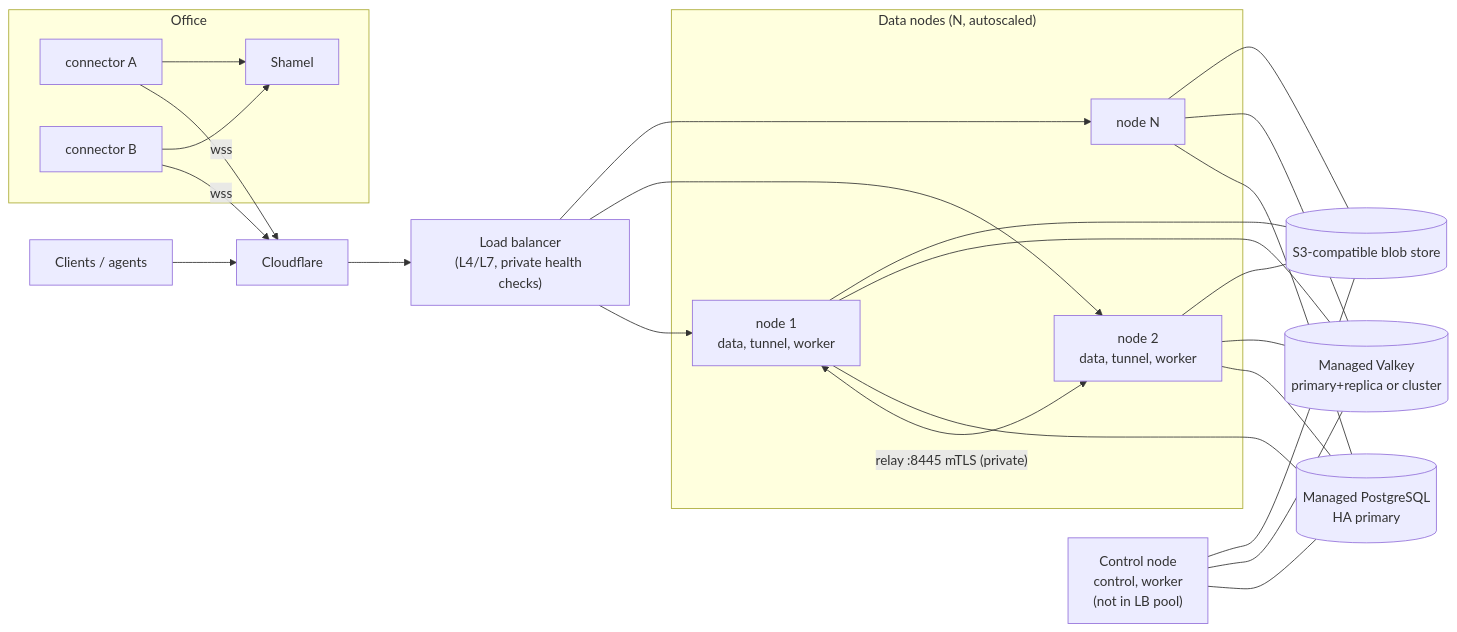
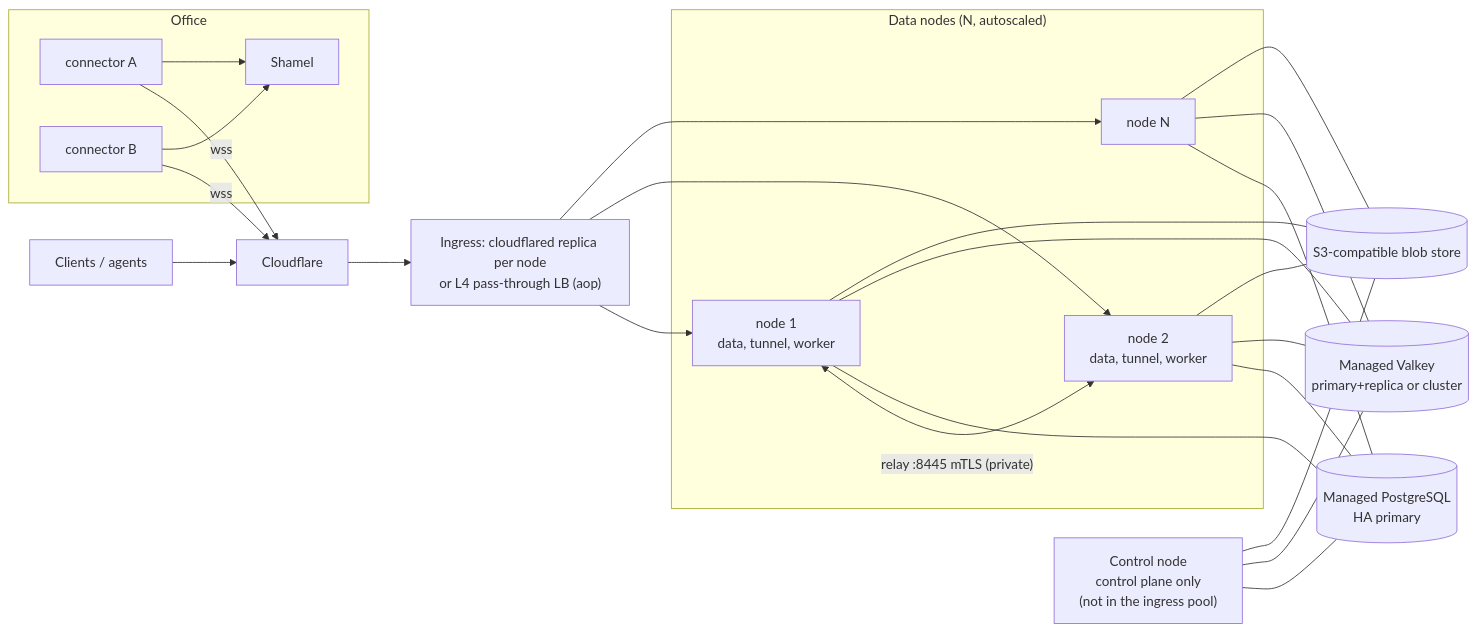
Before and after one commit to Web3Abbas/Shamel: the fourth of 11 diagrams in docs/design/01-architecture.md, drawn with Mermaid. The commit also changed other lines of this file and 3 other files, not shown here.

First line of the commit message:
Continue applying review findings across architecture, security, permissions and operations (in progress)

````diff
--- a/docs/design/01-architecture.md
+++ b/docs/design/01-architecture.md
@@ -202,24 +228,24 @@
 ```mermaid
 flowchart LR
   c["Clients / agents"] --> cf["Cloudflare"]
-  cf --> lb["Load balancer<br/>(L4/L7, private health checks)"]
+  cf --> lb["Ingress: cloudflared replica per node<br/>or L4 pass-through LB (aop)"]
   subgraph pool["Data nodes (N, autoscaled)"]
     g1["node 1<br/>data, tunnel, worker"]
     g2["node 2<br/>data, tunnel, worker"]
     gn["node N"]
   end
   lb --> g1 & g2 & gn
   g1 <-->|"relay :8445 mTLS (private)"| g2
-  ctl["Control node<br/>control, worker<br/>(not in LB pool)"]
+  ctl["Control node<br/>control plane only<br/>(not in the ingress pool)"]
   pg[("Managed PostgreSQL<br/>HA primary")]
   vk[("Managed Valkey<br/>primary+replica or cluster")]
   s3[("S3-compatible blob store")]
   g1 & g2 & gn & ctl --- pg & vk & s3
   subgraph off["Office"]
     k1["connector A"]
     k2["connector B"]
     sh["Shamel"]
   end
   k1 & k2 -->|wss| cf
   k1 & k2 --> sh
 ```
````
